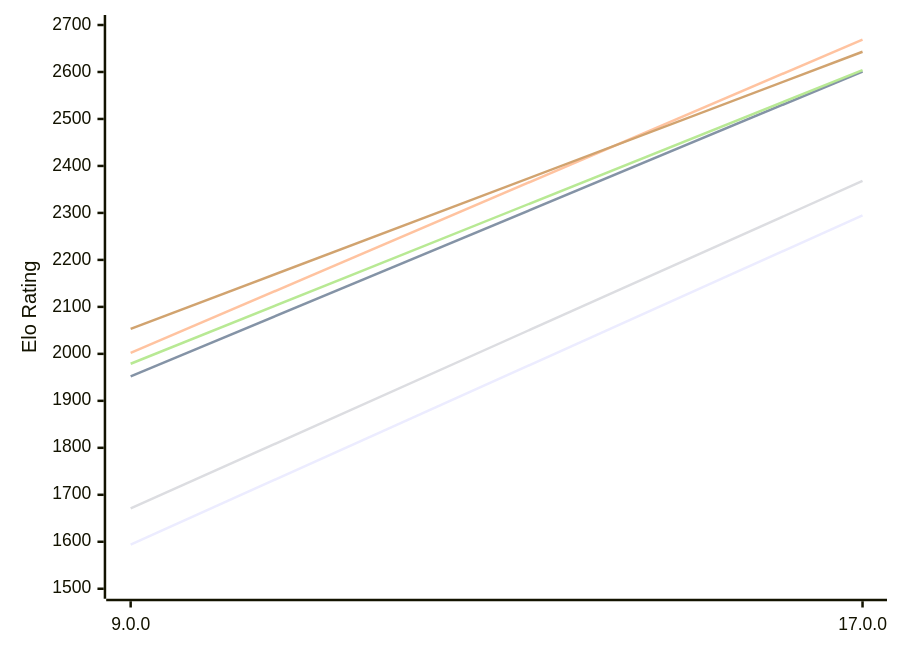
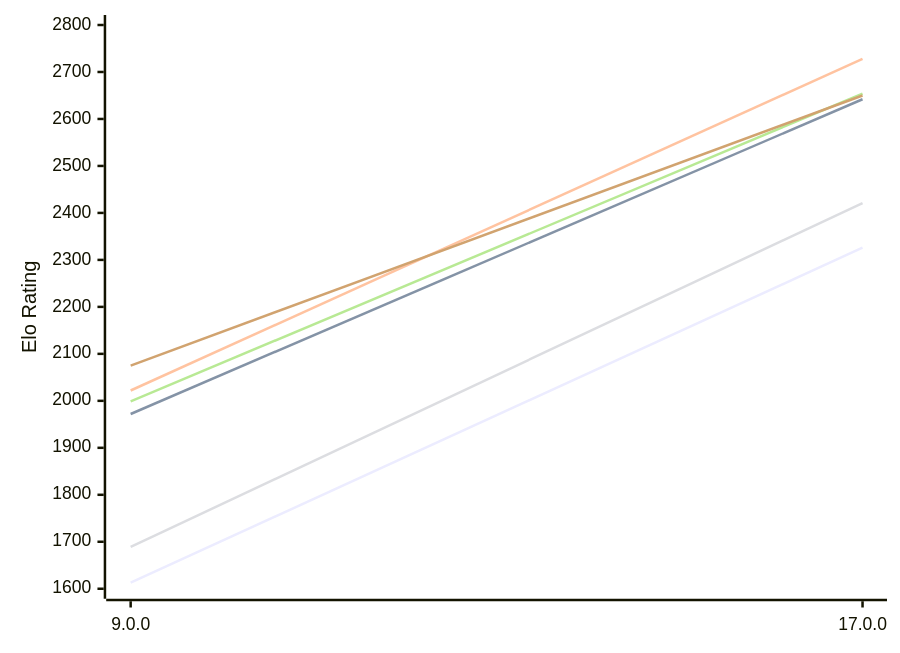
One commit to computer-chess-index/cci changed the first of 2 diagrams in engines/Cepimetheus.md. Above: the diagram before and after it, drawn with Mermaid. The commit also changed other lines of this file, not shown here.

Commit message:
Update CCI Ratings (ELO VLTC) - 2026-10-20

````diff
--- a/engines/Cepimetheus.md
+++ b/engines/Cepimetheus.md
@@ -62,12 +62,12 @@
 ```mermaid
 %%{init: {"theme":"base","themeVariables":{"seriesColors:['#a3a3a3','#222221','#faa371']}}}%%
 xychart-beta
   x-axis ["9.0.0", "17.0.0"]
-  y-axis "Elo Rating" 1500 --> 2700
-  line "E1: STC (8.0+0.08s)" [1594, 2295]
-  line "E1: LTC (60.0+0.60s)" [1952, 2601]
-  line "E1: VLTC (2m24s+1.12s)" [2002, 2669]
-  line "P1: STC (8.0+0.08s)" [1671, 2368]
-  line "P1: LTC (60.0+0.60s)" [1979, 2604]
-  line "P1: VLTC (2m24s+1.12s)" [2053, 2643]
+  y-axis "Elo Rating" 1600 --> 2800
+  line "E1: STC (8.0+0.08s)" [1613, 2326]
+  line "E1: LTC (60.0+0.60s)" [1972, 2642]
+  line "E1: VLTC (2m24s+1.12s)" [2022, 2728]
+  line "P1: STC (8.0+0.08s)" [1689, 2421]
+  line "P1: LTC (60.0+0.60s)" [1999, 2654]
+  line "P1: VLTC (2m24s+1.12s)" [2075, 2650]
 ```
````
